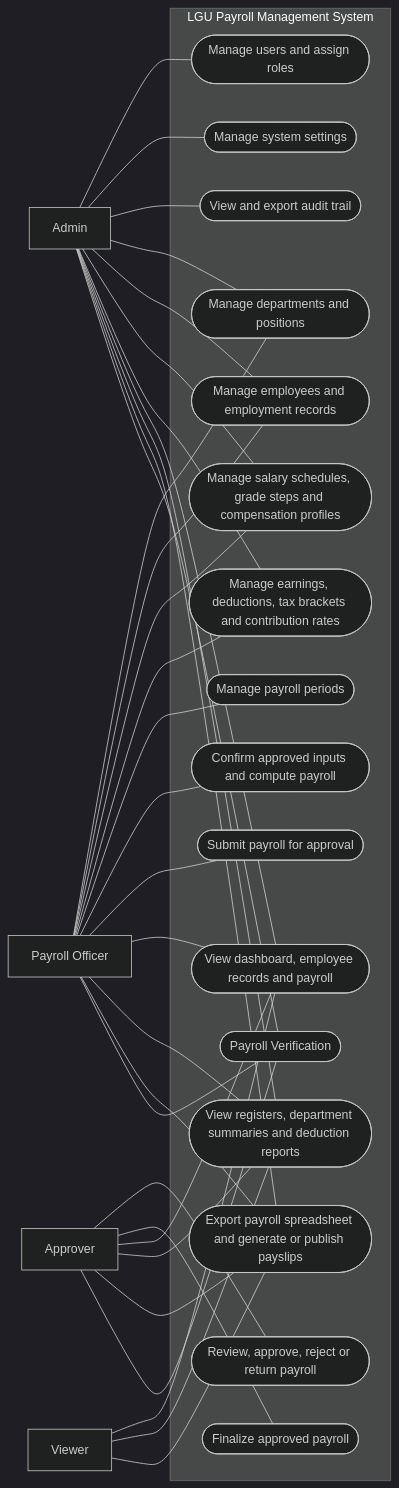
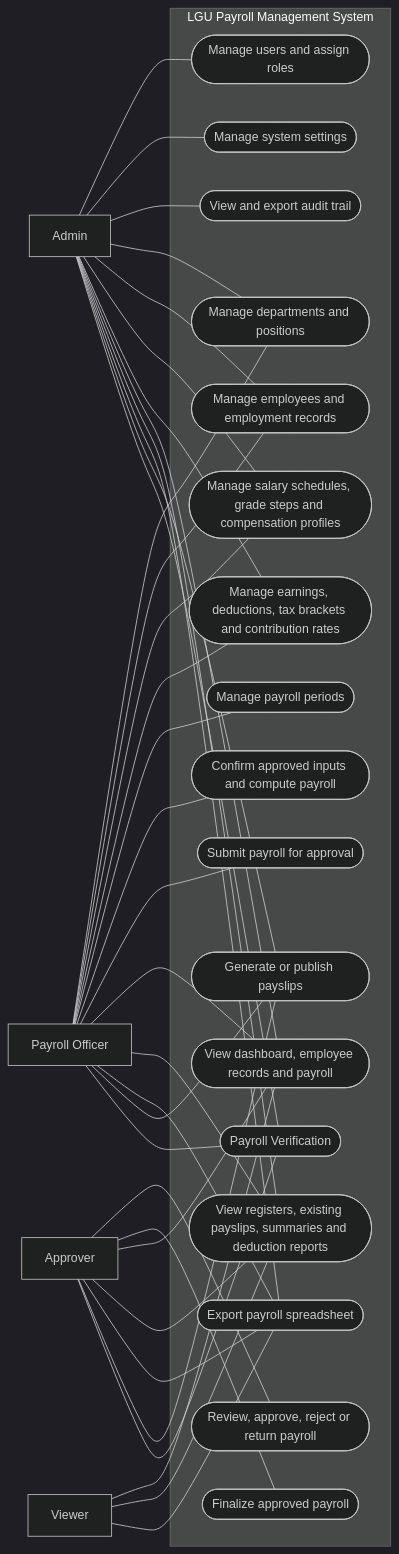
One commit to rjf0x/lgu-payroll-system changed the first of 2 diagrams in docs/use-case-diagram.md. Above: the diagram before and after it, drawn with Mermaid (dark theme). The commit also changed other lines of this file and 13 other files, not shown here.

````diff
--- a/docs/use-case-diagram.md
+++ b/docs/use-case-diagram.md
@@ -7,61 +7,65 @@
 ```mermaid
 flowchart LR
     Admin["Admin"]
     Officer["Payroll Officer"]
     Approver["Approver"]
     Viewer["Viewer"]
 
     subgraph System["LGU Payroll Management System"]
         Accounts([Manage users and assign roles])
         Settings([Manage system settings])
         Audit([View and export audit trail])
         Organization([Manage departments and positions])
         Employees([Manage employees and employment records])
         Compensation([Manage salary schedules, grade steps and compensation profiles])
         Configuration([Manage earnings, deductions, tax brackets and contribution rates])
         Periods([Manage payroll periods])
         Prepare([Confirm approved inputs and compute payroll])
         Submit([Submit payroll for approval])
         Review([Review, approve, reject or return payroll])
         Finalize([Finalize approved payroll])
         Read([View dashboard, employee records and payroll])
-        Reports([View registers, department summaries and deduction reports])
-        Documents([Export payroll spreadsheet and generate or publish payslips])
+        Reports([View registers, existing payslips, summaries and deduction reports])
+        Documents([Export payroll spreadsheet])
+        Payslips([Generate or publish payslips])
         Verify([Payroll Verification])
     end
 
     Admin --- Accounts
     Admin --- Settings
     Admin --- Audit
     Admin --- Organization
     Admin --- Employees
     Admin --- Compensation
     Admin --- Configuration
     Admin --- Read
     Admin --- Reports
     Admin --- Documents
+    Admin --- Payslips
     Admin --- Verify
 
     Officer --- Organization
     Officer --- Employees
     Officer --- Compensation
     Officer --- Configuration
     Officer --- Periods
     Officer --- Prepare
     Officer --- Submit
     Officer --- Read
     Officer --- Reports
     Officer --- Documents
+    Officer --- Payslips
     Officer --- Verify
 
     Approver --- Review
     Approver --- Finalize
     Approver --- Read
     Approver --- Reports
     Approver --- Documents
+    Approver --- Payslips
     Approver --- Verify
 
     Viewer --- Read
     Viewer --- Reports
     Viewer --- Documents
 ```
````
